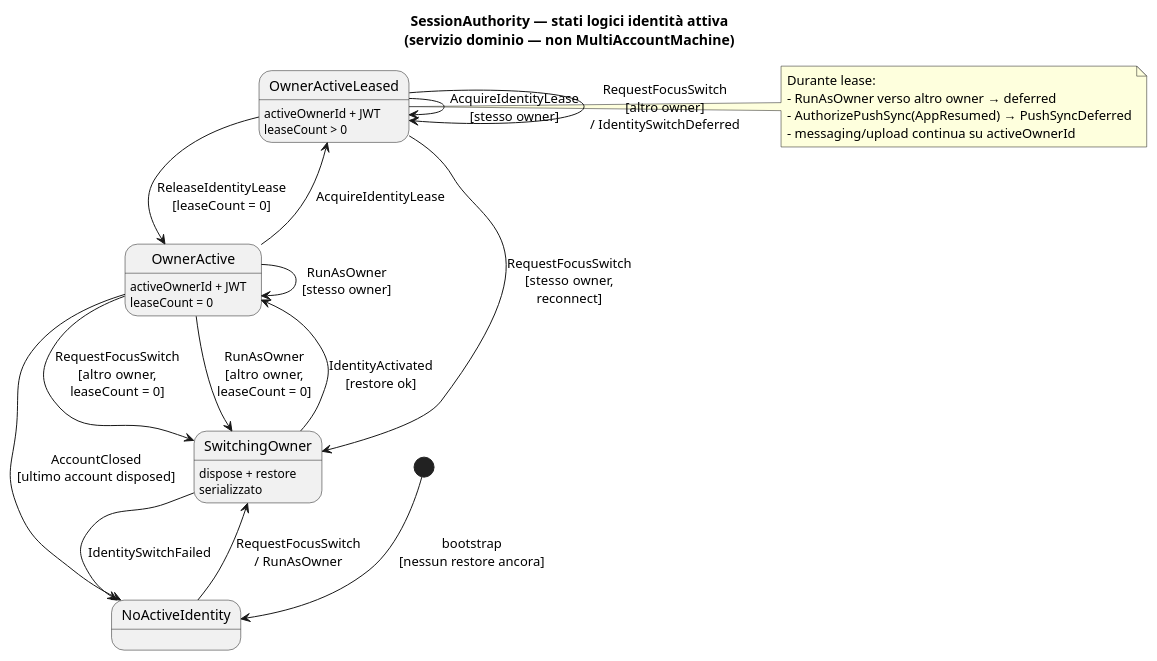
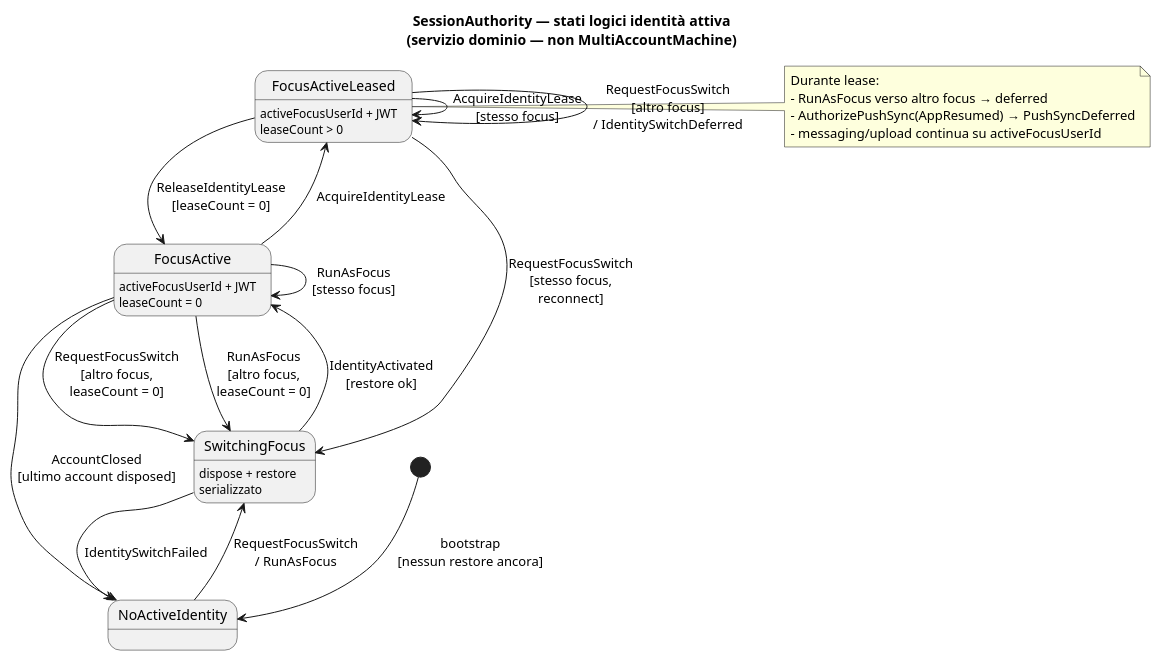
The diagram in docs/model/uml/multi-account/session-authority-state.puml (alfred-im/alfred-im), drawn with PlantUML before and after one commit. The commit also changed 200 other files, not shown here.

```diff
--- a/docs/model/uml/multi-account/session-authority-state.puml
+++ b/docs/model/uml/multi-account/session-authority-state.puml
@@ -1,41 +1,41 @@
 @startuml session-authority-state
 ' Context: multi-account
 ' Profile: service (specifica logica — NON statechart Dart in client/lib/machines/)
 ' SDD: PROM-MULTI-ACCOUNT (enforcement interno — nessun amend osservabile)
 ' Revision: 2026-08-08
 ' Implementazione: client/lib/services/session_authority.dart (servizio imperativo)
 
 title SessionAuthority — stati logici identità attiva\n(servizio dominio — non MultiAccountMachine)
 
 state NoActiveIdentity
-state OwnerActive : activeOwnerId + JWT\nleaseCount = 0
-state OwnerActiveLeased : activeOwnerId + JWT\nleaseCount > 0
-state SwitchingOwner : dispose + restore\nserializzato
+state FocusActive : activeFocusUserId + JWT\nleaseCount = 0
+state FocusActiveLeased : activeFocusUserId + JWT\nleaseCount > 0
+state SwitchingFocus : dispose + restore\nserializzato
 
 [*] --> NoActiveIdentity : bootstrap\n[nessun restore ancora]
 
-NoActiveIdentity --> SwitchingOwner : RequestFocusSwitch\n/ RunAsOwner
-SwitchingOwner --> OwnerActive : IdentityActivated\n[restore ok]
-SwitchingOwner --> NoActiveIdentity : IdentitySwitchFailed
+NoActiveIdentity --> SwitchingFocus : RequestFocusSwitch\n/ RunAsFocus
+SwitchingFocus --> FocusActive : IdentityActivated\n[restore ok]
+SwitchingFocus --> NoActiveIdentity : IdentitySwitchFailed
 
-OwnerActive --> SwitchingOwner : RequestFocusSwitch\n[altro owner,\nleaseCount = 0]
-OwnerActive --> OwnerActiveLeased : AcquireIdentityLease
-OwnerActiveLeased --> OwnerActive : ReleaseIdentityLease\n[leaseCount = 0]
-OwnerActiveLeased --> OwnerActiveLeased : AcquireIdentityLease\n[stesso owner]
+FocusActive --> SwitchingFocus : RequestFocusSwitch\n[altro focus,\nleaseCount = 0]
+FocusActive --> FocusActiveLeased : AcquireIdentityLease
+FocusActiveLeased --> FocusActive : ReleaseIdentityLease\n[leaseCount = 0]
+FocusActiveLeased --> FocusActiveLeased : AcquireIdentityLease\n[stesso focus]
 
-OwnerActiveLeased --> OwnerActiveLeased : RequestFocusSwitch\n[altro owner]\n/ IdentitySwitchDeferred
-OwnerActiveLeased --> SwitchingOwner : RequestFocusSwitch\n[stesso owner,\nreconnect]
+FocusActiveLeased --> FocusActiveLeased : RequestFocusSwitch\n[altro focus]\n/ IdentitySwitchDeferred
+FocusActiveLeased --> SwitchingFocus : RequestFocusSwitch\n[stesso focus,\nreconnect]
 
-OwnerActive --> OwnerActive : RunAsOwner\n[stesso owner]
-OwnerActive --> SwitchingOwner : RunAsOwner\n[altro owner,\nleaseCount = 0]
+FocusActive --> FocusActive : RunAsFocus\n[stesso focus]
+FocusActive --> SwitchingFocus : RunAsFocus\n[altro focus,\nleaseCount = 0]
 
-OwnerActive --> NoActiveIdentity : AccountClosed\n[ultimo account disposed]
+FocusActive --> NoActiveIdentity : AccountClosed\n[ultimo account disposed]
 
-note right of OwnerActiveLeased
+note right of FocusActiveLeased
   Durante lease:
-  - RunAsOwner verso altro owner → deferred
+  - RunAsFocus verso altro focus → deferred
   - AuthorizePushSync(AppResumed) → PushSyncDeferred
-  - messaging/upload continua su activeOwnerId
+  - messaging/upload continua su activeFocusUserId
 end note
 
 @enduml
```
